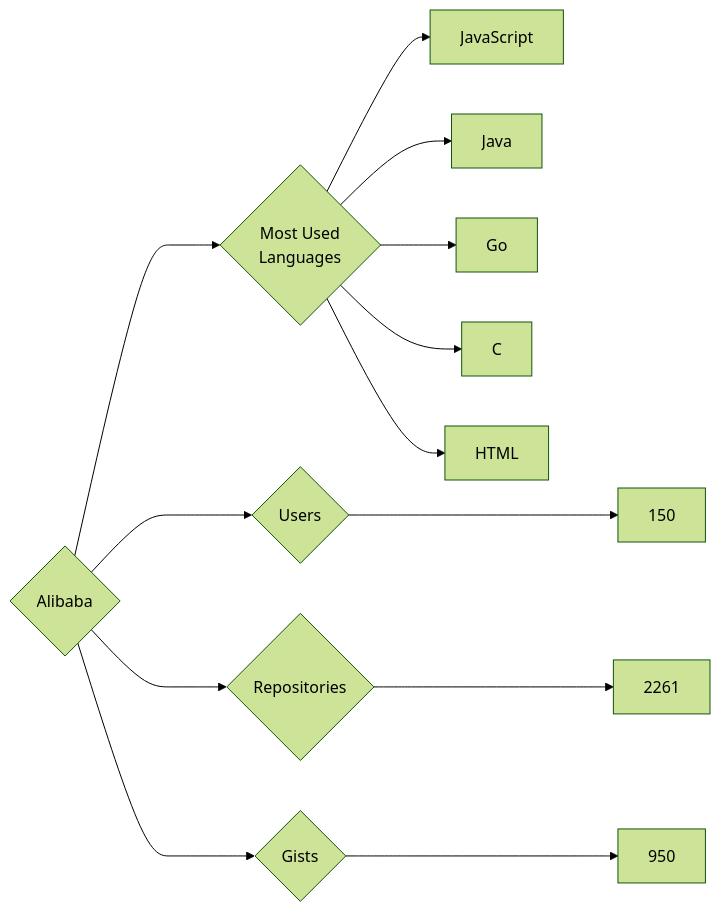
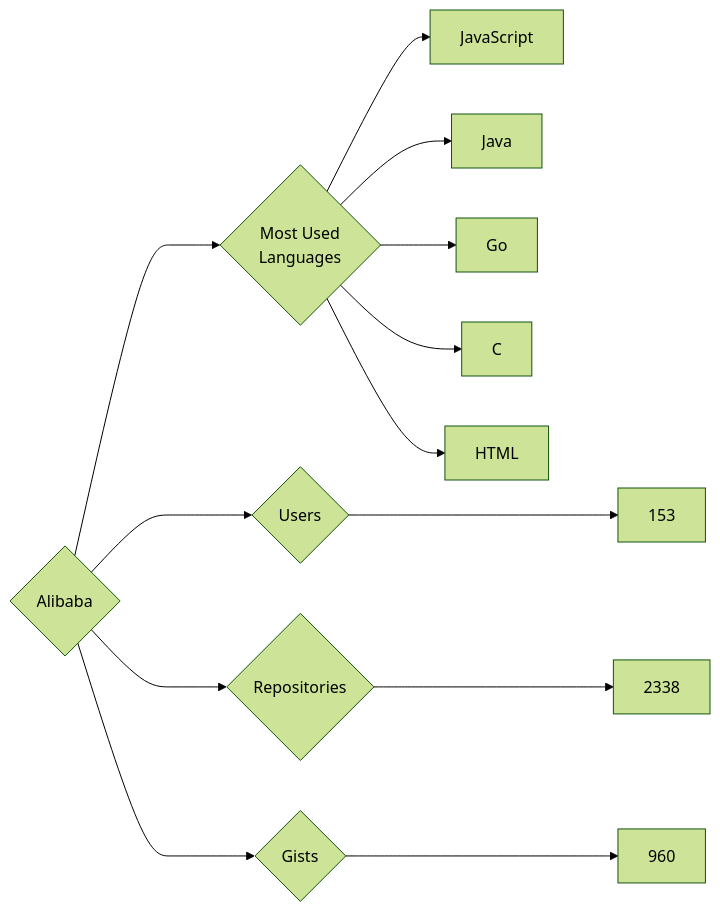
The diagram in targets/Alibaba/README.md (trickest/insiders), drawn with Mermaid (forest theme) before and after one commit. The commit also changed 682 other files, not shown here.

````diff
--- a/targets/Alibaba/README.md
+++ b/targets/Alibaba/README.md
@@ -3,13 +3,13 @@
 ```mermaid
 graph LR
 COMPANY_NAME{Alibaba}
-COMPANY_NAME ---> U{Users} ---> UN[150]
-COMPANY_NAME ---> R{Repositories} ---> RN[2261]
-COMPANY_NAME ---> G{Gists} ---> GN[950]
+COMPANY_NAME ---> U{Users} ---> UN[153]
+COMPANY_NAME ---> R{Repositories} ---> RN[2338]
+COMPANY_NAME ---> G{Gists} ---> GN[960]
 COMPANY_NAME ---> ML{Most Used<br>Languages}
 ML --> JavaScript[JavaScript]
 ML --> Java[Java]
 ML --> Go[Go]
 ML --> C[C]
 ML --> HTML[HTML]
 ```
````
